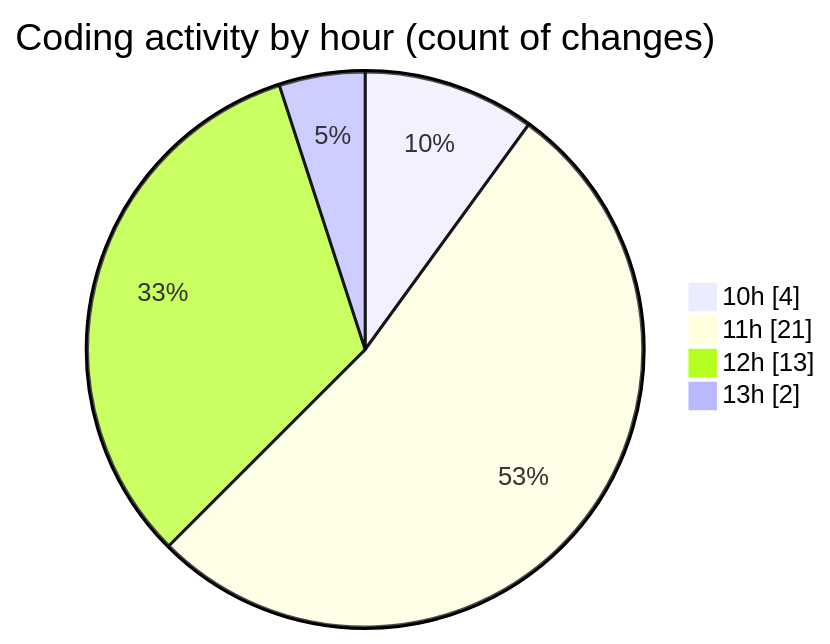
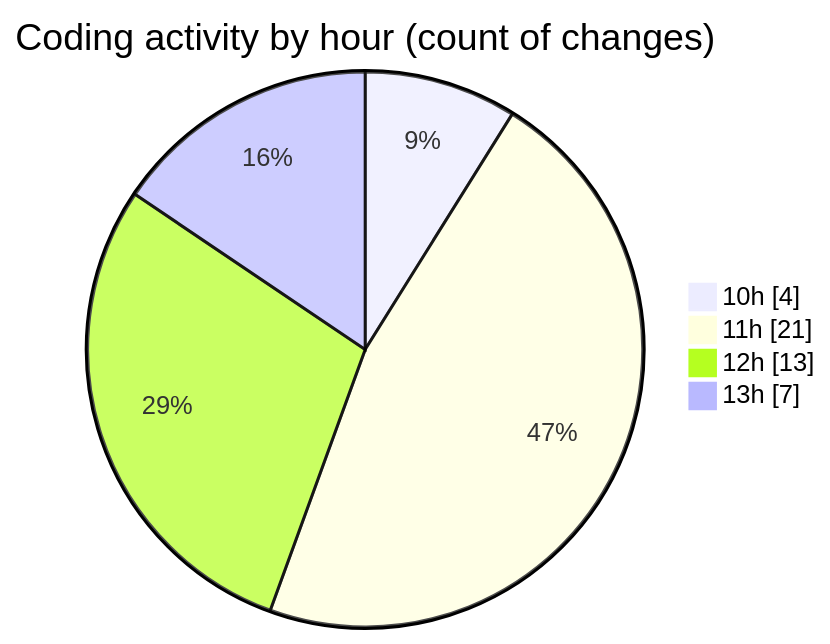
Before and after one commit to LanceThiago/code-tracking: the second of 2 diagrams in 2025-05-15/jogo/README.md, drawn with Mermaid. The commit also changed other lines of this file and 1 other file, not shown here.

````diff
--- a/2025-05-15/jogo/README.md
+++ b/2025-05-15/jogo/README.md
@@ -32,8 +32,8 @@
 ```mermaid
 pie showData
 title Coding activity by hour (count of changes)
 "10h" : 4
 "11h" : 21
 "12h" : 13
-"13h" : 2
+"13h" : 7
 ```
````
